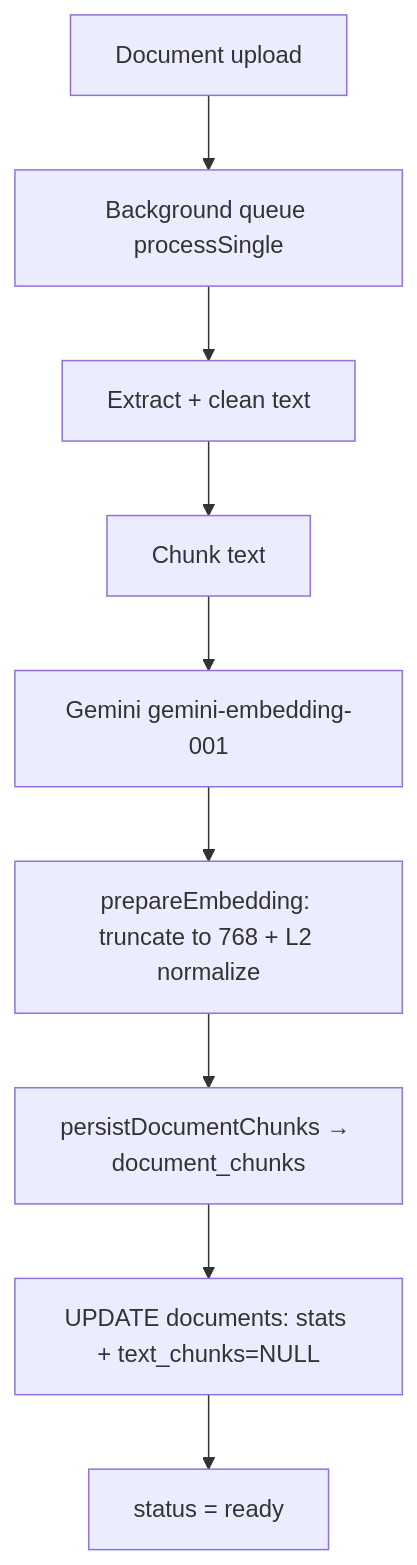
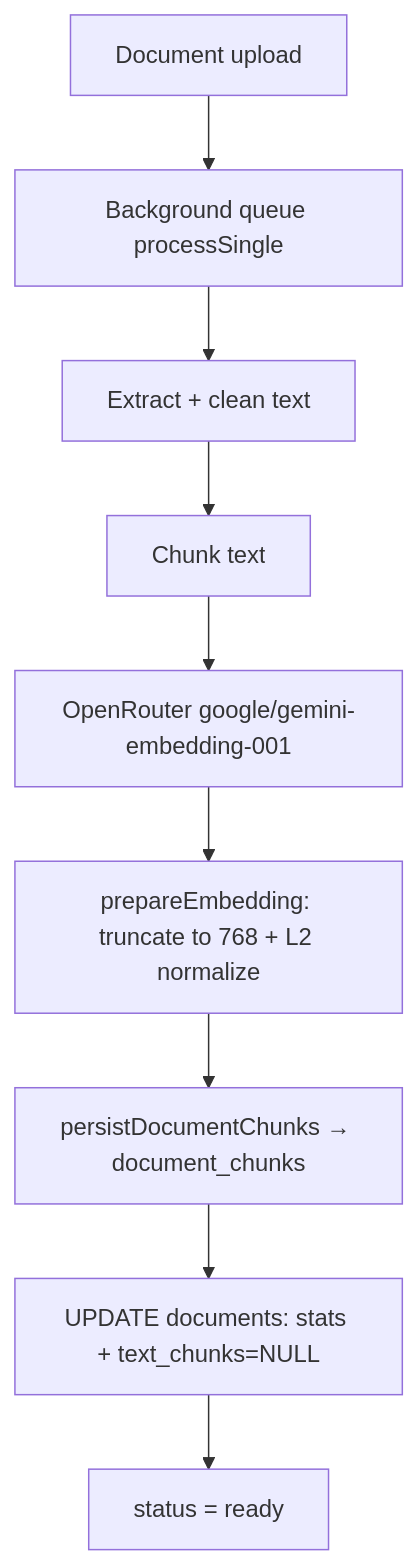
The third of 4 diagrams in docs/RAG_AND_VECTOR_SEARCH.md (EmilUnP/AI_Workspace), drawn with Mermaid before and after one commit. The commit also changed other lines of this file and 16 other files, not shown here.

First line of the commit message:
Refactor AI integration and update documentation for OpenRouter migration

````diff
--- a/docs/RAG_AND_VECTOR_SEARCH.md
+++ b/docs/RAG_AND_VECTOR_SEARCH.md
@@ -172,11 +172,11 @@
 ```mermaid
 flowchart TD
   A[Document upload] --> B[Background queue processSingle]
   B --> C[Extract + clean text]
   C --> D[Chunk text]
-  D --> E[Gemini gemini-embedding-001]
+  D --> E[OpenRouter google/gemini-embedding-001]
   E --> N[prepareEmbedding: truncate to 768 + L2 normalize]
   N --> P[persistDocumentChunks → document_chunks]
   P --> M[UPDATE documents: stats + text_chunks=NULL]
   M --> R[status = ready]
 ```
````
